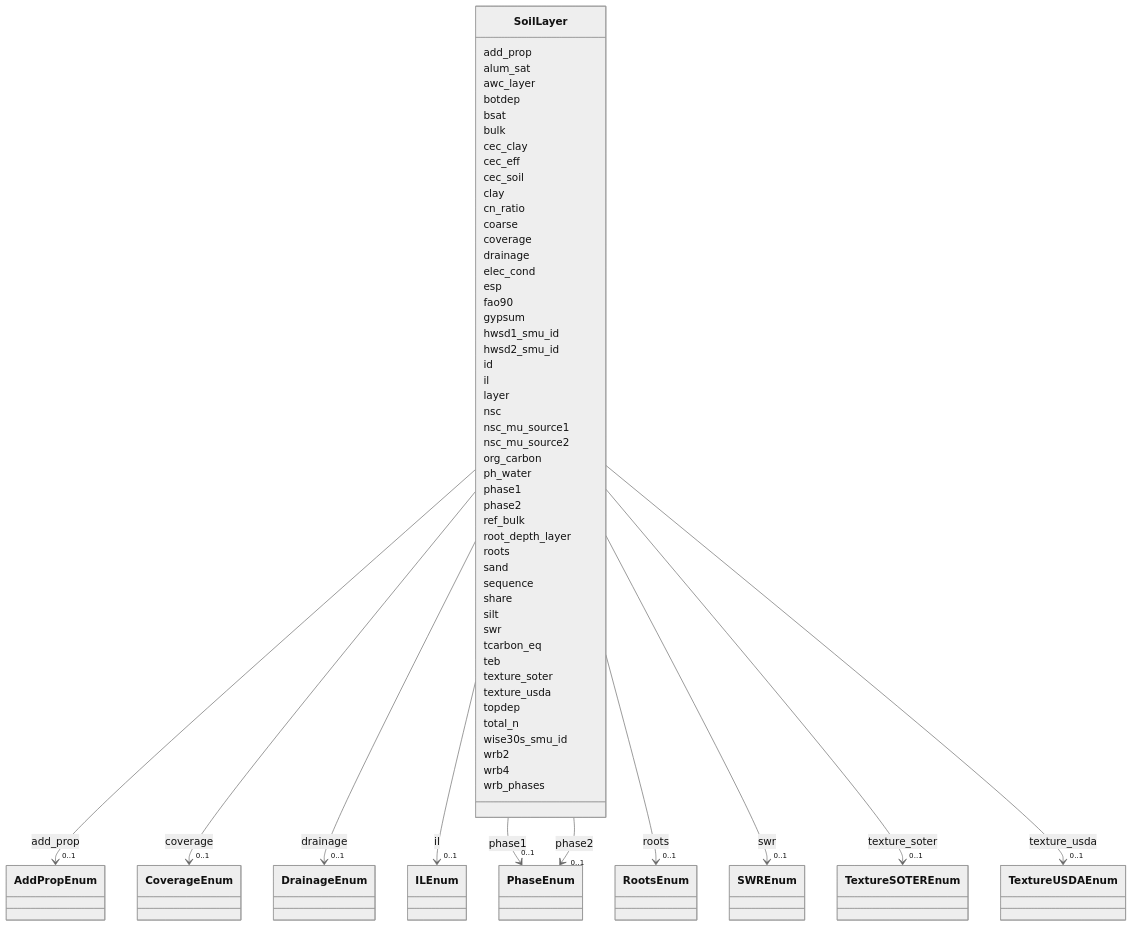
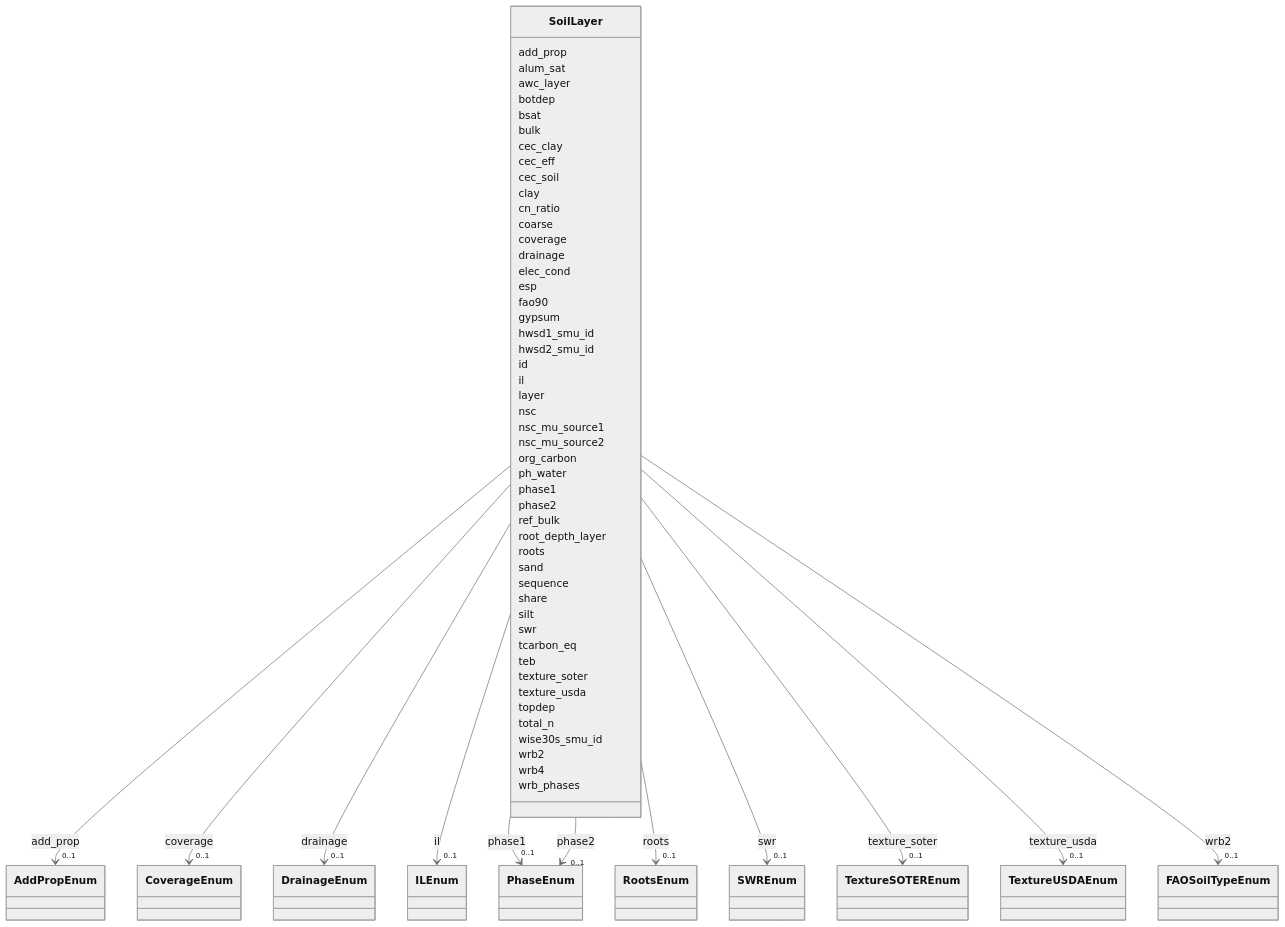
One commit to bioepic-data/fao-soils changed the diagram in docs/elements/SoilLayer.md. Above: the diagram before and after it, drawn with Mermaid (neutral theme). The commit also changed other lines of this file and 9 other files, not shown here.

```diff
--- a/docs/elements/SoilLayer.md
+++ b/docs/elements/SoilLayer.md
@@ -211,6 +211,15 @@
         
       SoilLayer : wrb2
         
+          
+    
+        
+        
+        SoilLayer --> "0..1" FAOSoilTypeEnum : wrb2
+        click FAOSoilTypeEnum href "../FAOSoilTypeEnum/"
+    
+
+        
       SoilLayer : wrb4
         
       SoilLayer : wrb_phases
```
